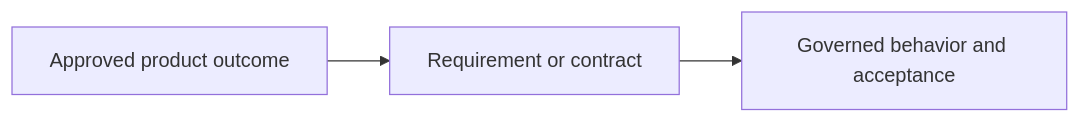
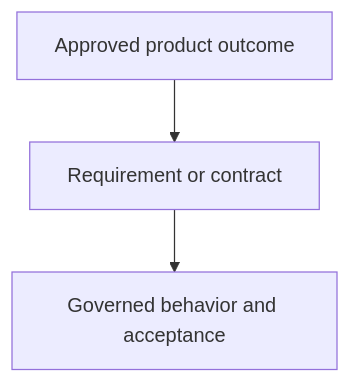
Before and after one commit to WD-Mitchell/which-model: the diagram in .github/PULL_REQUEST_TEMPLATE/specification.md, drawn with Mermaid. The commit also changed other lines of this file and 4 other files, not shown here.

Commit message:
docs(templates): simplify tracking checks and guide vertical Mermaid flows

````diff
--- a/.github/PULL_REQUEST_TEMPLATE/specification.md
+++ b/.github/PULL_REQUEST_TEMPLATE/specification.md
@@ -10,8 +10,8 @@
 ```mermaid
-flowchart LR
+flowchart TD
   request[Approved product outcome]
   contract[Requirement or contract]
   behavior[Governed behavior and acceptance]
   request --> contract
   contract --> behavior
 ```
````
